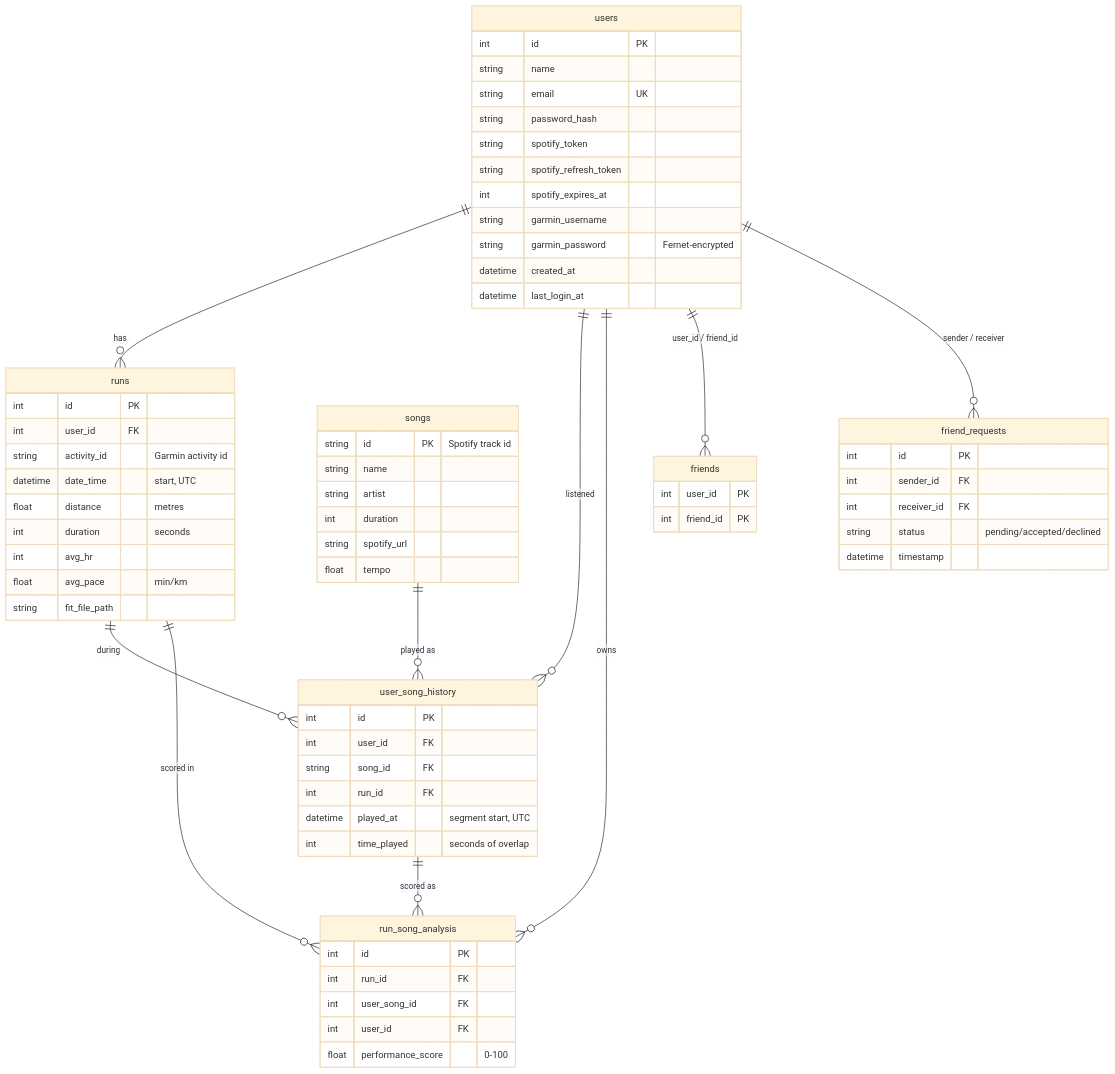
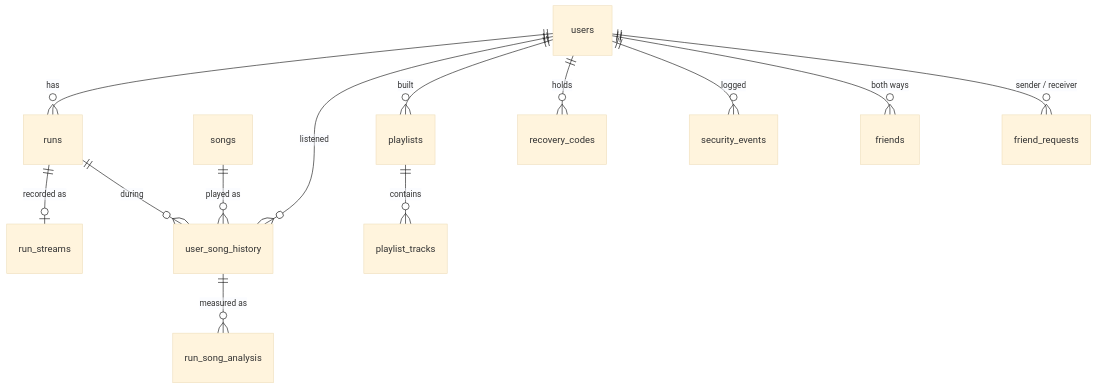
One commit to ColmAli-7/Runnify changed the second of 2 diagrams in docs/architecture.md. Above: the diagram before and after it, drawn with Mermaid (base theme). The commit also changed other lines of this file and 7 other files, not shown here.

````diff
--- a/docs/architecture.md
+++ b/docs/architecture.md
@@ -41,71 +38,15 @@
 ```mermaid
 erDiagram
     users ||--o{ runs : "has"
+    runs ||--o| run_streams : "recorded as"
     users ||--o{ user_song_history : "listened"
     songs ||--o{ user_song_history : "played as"
-    runs  ||--o{ user_song_history : "during"
-    runs  ||--o{ run_song_analysis : "scored in"
-    user_song_history ||--o{ run_song_analysis : "scored as"
-    users ||--o{ run_song_analysis : "owns"
-    users ||--o{ friends : "user_id / friend_id"
+    runs ||--o{ user_song_history : "during"
+    user_song_history ||--o{ run_song_analysis : "measured as"
+    users ||--o{ playlists : "built"
+    playlists ||--o{ playlist_tracks : "contains"
+    users ||--o{ recovery_codes : "holds"
+    users ||--o{ security_events : "logged"
+    users ||--o{ friends : "both ways"
     users ||--o{ friend_requests : "sender / receiver"
-
-    users {
-        int id PK
-        string name
-        string email UK
-        string password_hash
-        string spotify_token
-        string spotify_refresh_token
-        int spotify_expires_at
-        string garmin_username
-        string garmin_password "Fernet-encrypted"
-        datetime created_at
-        datetime last_login_at
-    }
-    runs {
-        int id PK
-        int user_id FK
-        string activity_id "Garmin activity id"
-        datetime date_time "start, UTC"
-        float distance "metres"
-        int duration "seconds"
-        int avg_hr
-        float avg_pace "min/km"
-        string fit_file_path
-    }
-    songs {
-        string id PK "Spotify track id"
-        string name
-        string artist
-        int duration
-        string spotify_url
-        float tempo
-    }
-    user_song_history {
-        int id PK
-        int user_id FK
-        string song_id FK
-        int run_id FK
-        datetime played_at "segment start, UTC"
-        int time_played "seconds of overlap"
-    }
-    run_song_analysis {
-        int id PK
-        int run_id FK
-        int user_song_id FK
-        int user_id FK
-        float performance_score "0-100"
-    }
-    friends {
-        int user_id PK
-        int friend_id PK
-    }
-    friend_requests {
-        int id PK
-        int sender_id FK
-        int receiver_id FK
-        string status "pending/accepted/declined"
-        datetime timestamp
-    }
 ```
````
